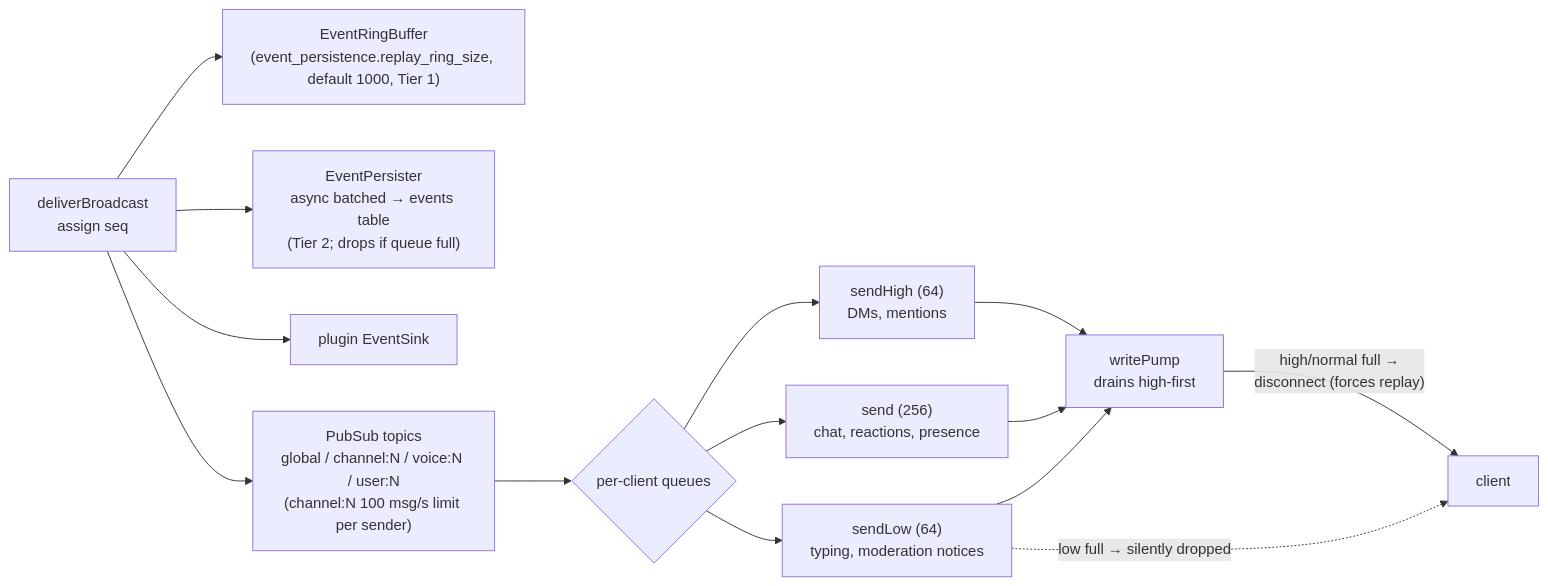
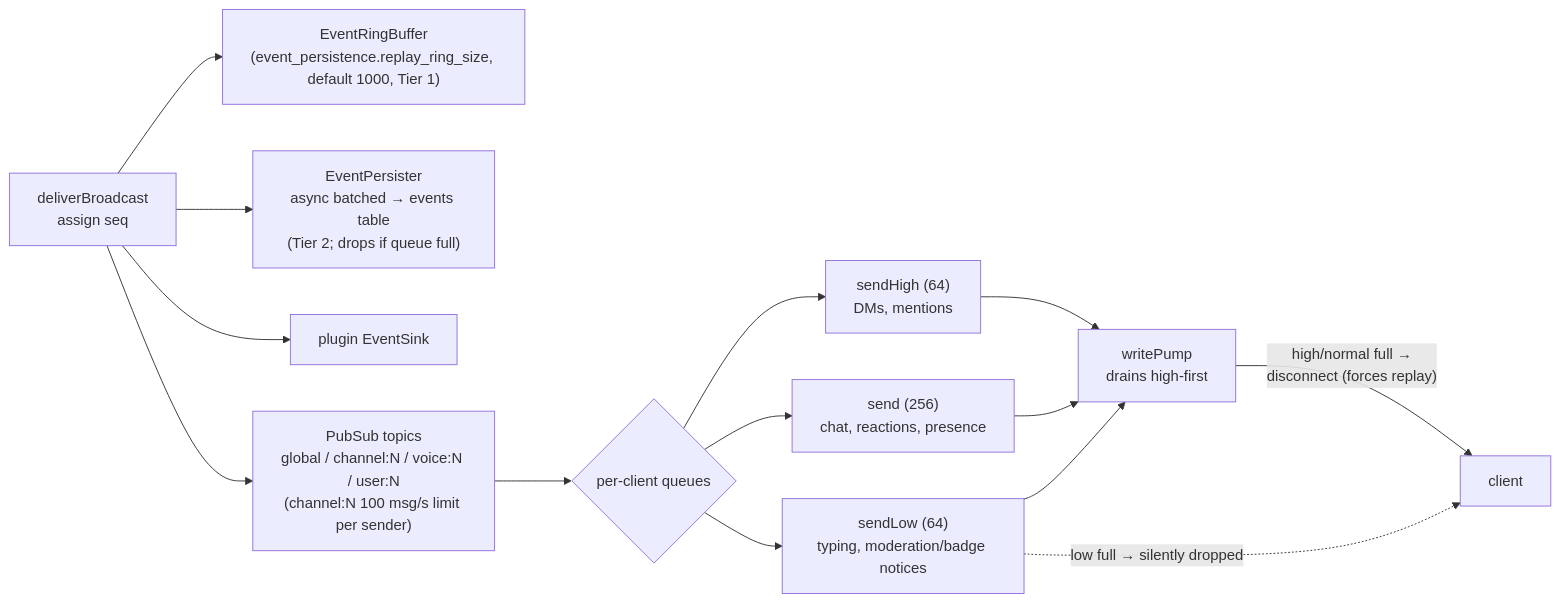
The second of 3 diagrams in docs/architecture/websocket.md (J3vb/OwnCord), drawn with Mermaid before and after one commit. The commit also changed other lines of this file and 258 other files, not shown here.

````diff
--- a/docs/architecture/websocket.md
+++ b/docs/architecture/websocket.md
@@ -68,16 +68,16 @@
 ```mermaid
 flowchart LR
     EV["deliverBroadcast<br/>assign seq"] --> RB["EventRingBuffer<br/>(event_persistence.replay_ring_size, default 1000, Tier 1)"]
     EV --> EP["EventPersister<br/>async batched → events table<br/>(Tier 2; drops if queue full)"]
     EV --> PLG["plugin EventSink"]
     EV --> PS["PubSub topics<br/>global / channel:N / voice:N / user:N<br/>(channel:N 100 msg/s limit per sender)"]
     PS --> CH{"per-client queues"}
     CH --> HI["sendHigh (64)<br/>DMs, mentions"]
     CH --> NO["send (256)<br/>chat, reactions, presence"]
-    CH --> LO["sendLow (64)<br/>typing, moderation notices"]
+    CH --> LO["sendLow (64)<br/>typing, moderation/badge notices"]
     HI --> WP["writePump<br/>drains high-first"]
     NO --> WP
     LO --> WP
     WP -->|"high/normal full →<br/>disconnect (forces replay)"| X["client"]
     LO -.->|"low full → silently dropped"| X
 ```
````
